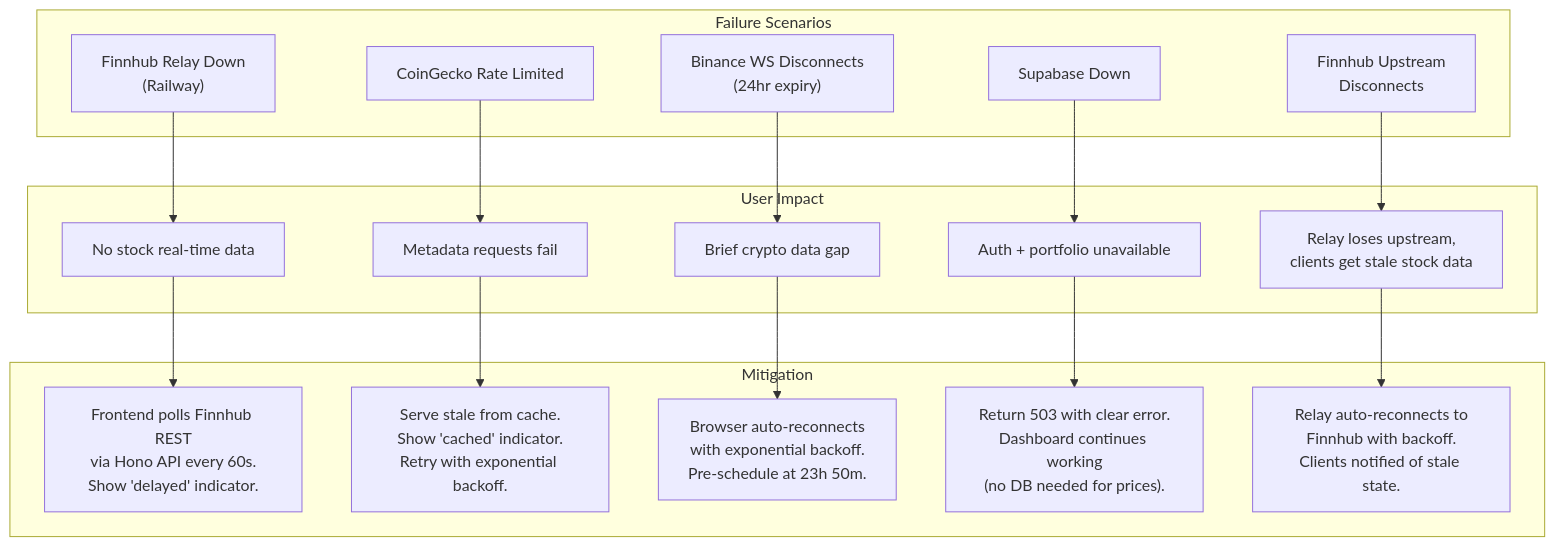
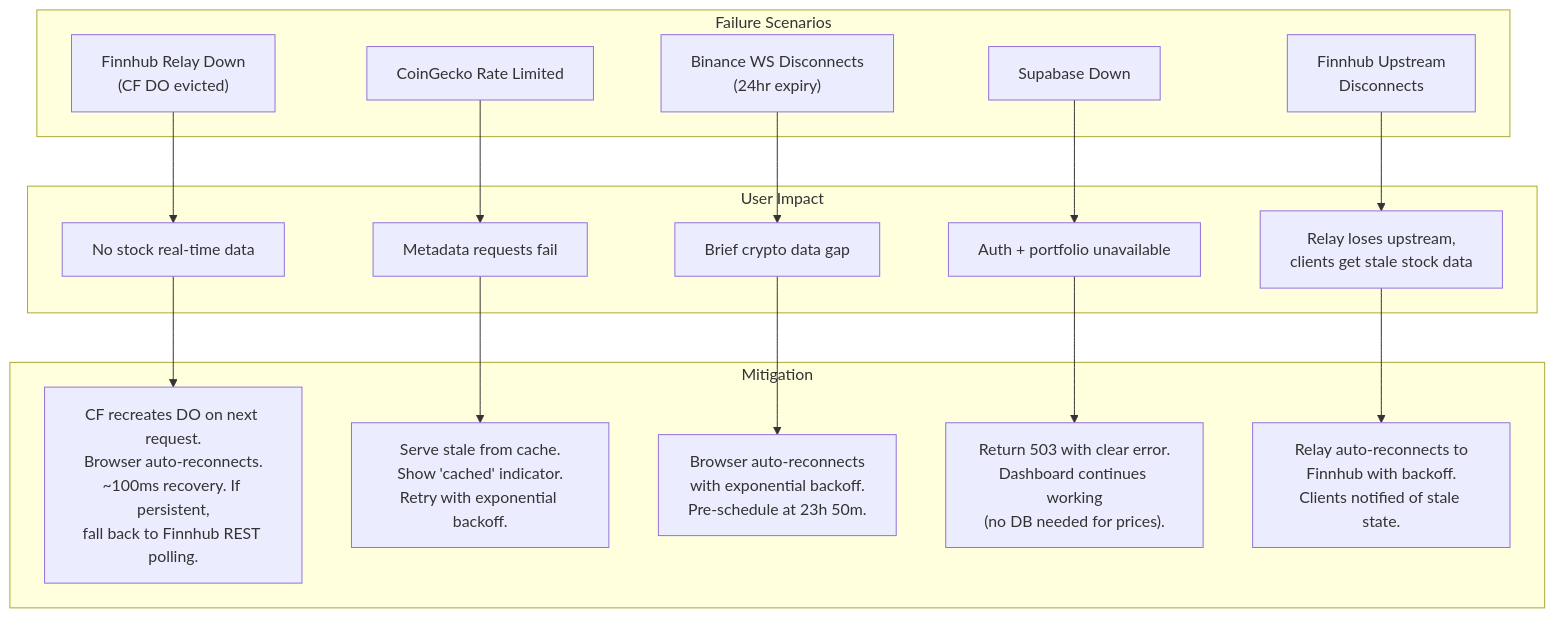
Diagram 13 of 14 in docs/adrs/002-system-architecture.md (patrickmvla/owl), drawn with Mermaid before and after one commit. The commit also changed other lines of this file and 1 other file, not shown here.

First line of the commit message:
docs: select Cloudflare Durable Objects for Finnhub relay

````diff
--- a/docs/adrs/002-system-architecture.md
+++ b/docs/adrs/002-system-architecture.md
@@ -605,32 +607,32 @@
 ```mermaid
 graph TB
     subgraph Failures["Failure Scenarios"]
-        F1["Finnhub Relay Down<br/>(Railway)"]
+        F1["Finnhub Relay Down<br/>(CF DO evicted)"]
         F2["CoinGecko Rate Limited"]
         F3["Binance WS Disconnects<br/>(24hr expiry)"]
         F4["Supabase Down"]
         F5["Finnhub Upstream<br/>Disconnects"]
     end
 
     subgraph Impact["User Impact"]
         I1["No stock real-time data"]
         I2["Metadata requests fail"]
         I3["Brief crypto data gap"]
         I4["Auth + portfolio unavailable"]
         I5["Relay loses upstream,<br/>clients get stale stock data"]
     end
 
     subgraph Mitigation["Mitigation"]
-        M1["Frontend polls Finnhub REST<br/>via Hono API every 60s.<br/>Show 'delayed' indicator."]
+        M1["CF recreates DO on next request.<br/>Browser auto-reconnects.<br/>~100ms recovery. If persistent,<br/>fall back to Finnhub REST polling."]
         M2["Serve stale from cache.<br/>Show 'cached' indicator.<br/>Retry with exponential backoff."]
         M3["Browser auto-reconnects<br/>with exponential backoff.<br/>Pre-schedule at 23h 50m."]
         M4["Return 503 with clear error.<br/>Dashboard continues working<br/>(no DB needed for prices)."]
         M5["Relay auto-reconnects to<br/>Finnhub with backoff.<br/>Clients notified of stale state."]
     end
 
     F1 --> I1 --> M1
     F2 --> I2 --> M2
     F3 --> I3 --> M3
     F4 --> I4 --> M4
     F5 --> I5 --> M5
 ```
````
